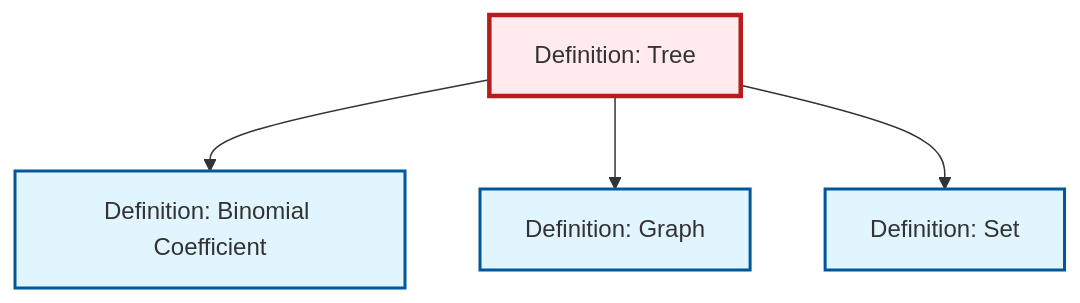
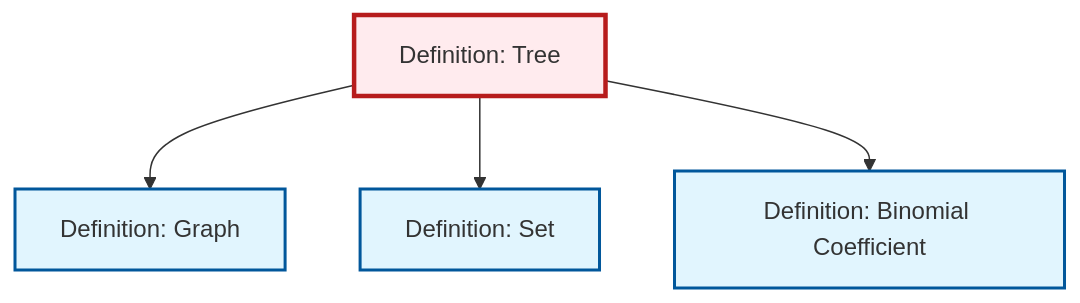
The diagram in output/mermaid/def-tree.mermaid (RK0429/ModernMath), drawn with Mermaid before and after one commit. The commit also changed other lines of this file and 531 other files, not shown here.

```diff
--- a/output/mermaid/def-tree.mermaid
+++ b/output/mermaid/def-tree.mermaid
@@ -1,15 +1,15 @@
 %%| fig-cap: "Local dependency graph"
 graph TD
     classDef definition fill:#e1f5fe,stroke:#01579b,stroke-width:2px
     classDef theorem fill:#f3e5f5,stroke:#4a148c,stroke-width:2px
     classDef axiom fill:#fff3e0,stroke:#e65100,stroke-width:2px
     classDef example fill:#e8f5e9,stroke:#1b5e20,stroke-width:2px
     classDef current fill:#ffebee,stroke:#b71c1c,stroke-width:3px
+    def-tree["Definition: Tree"]:::definition
+    def-graph["Definition: Graph"]:::definition
     def-set["Definition: Set"]:::definition
-    def-graph["Definition: Graph"]:::definition
-    def-tree["Definition: Tree"]:::definition
     def-binomial-coefficient["Definition: Binomial Coefficient"]:::definition
-    def-tree --> def-binomial-coefficient
     def-tree --> def-graph
     def-tree --> def-set
+    def-tree --> def-binomial-coefficient
     class def-tree current
```
